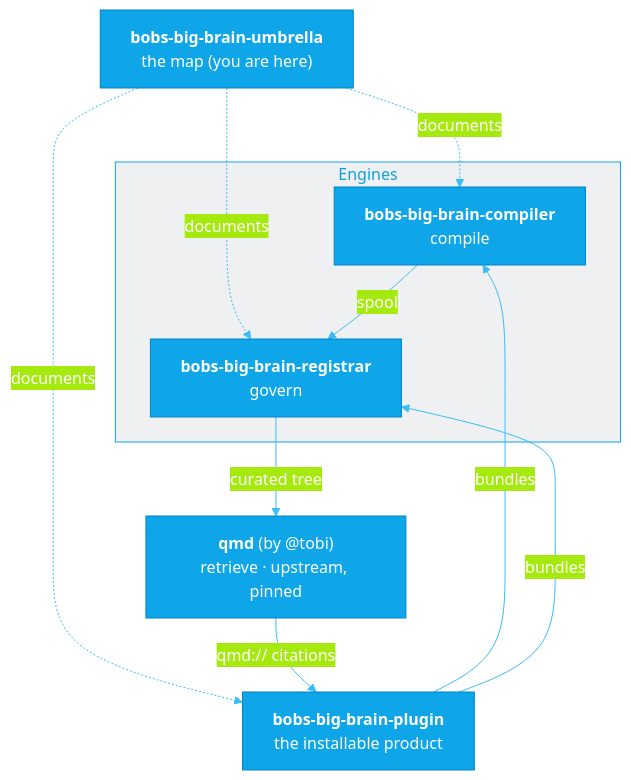
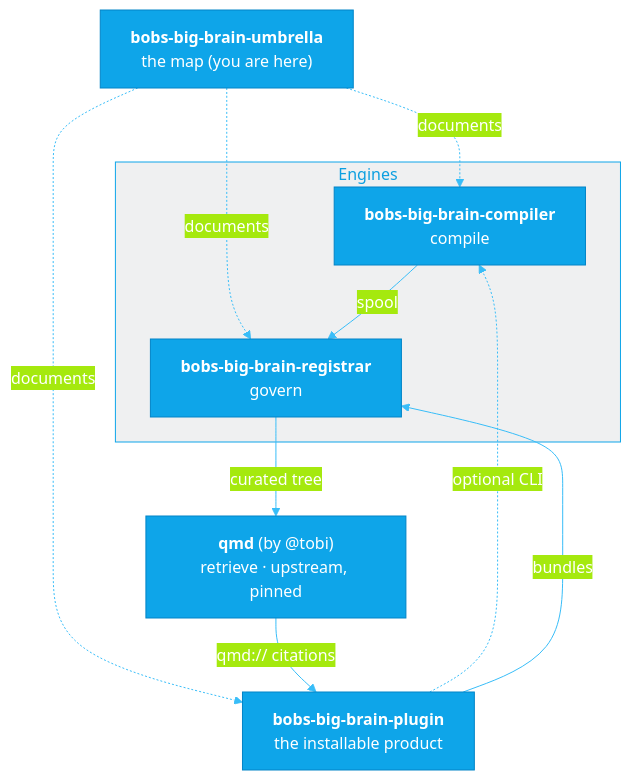
Before and after one commit to intent-solutions-io/bobs-big-brain-umbrella: the first of 3 diagrams in README.md, drawn with Mermaid. The commit also changed other lines of this file and 13 other files, not shown here.

````diff
--- a/README.md
+++ b/README.md
@@ -88,22 +82,22 @@
 ```mermaid
 %%{init: {'theme':'base','themeVariables':{
   'primaryColor':'#0ea5e9','primaryBorderColor':'#0284c7','primaryTextColor':'#ffffff',
   'lineColor':'#38bdf8','clusterBkg':'#0c192910','clusterBorder':'#0ea5e9'}}}%%
 flowchart TB
     UMB["<b>bobs-big-brain-umbrella</b><br/>the map (you are here)"]
     subgraph ENG["Engines"]
         ICO["<b>bobs-big-brain-compiler</b><br/>compile"]
         INTKB["<b>bobs-big-brain-registrar</b><br/>govern"]
     end
     QMD["<b>qmd</b> (by @tobi)<br/>retrieve · upstream, pinned"]
     PLUG["<b>bobs-big-brain-plugin</b><br/>the installable product"]
 
     UMB -. documents .-> ICO
     UMB -. documents .-> INTKB
     UMB -. documents .-> PLUG
-    PLUG -->|bundles| ICO
+    PLUG -. optional CLI .-> ICO
     PLUG -->|bundles| INTKB
     ICO -->|spool| INTKB
     INTKB -->|curated tree| QMD
     QMD -->|qmd:// citations| PLUG
 ```
````
